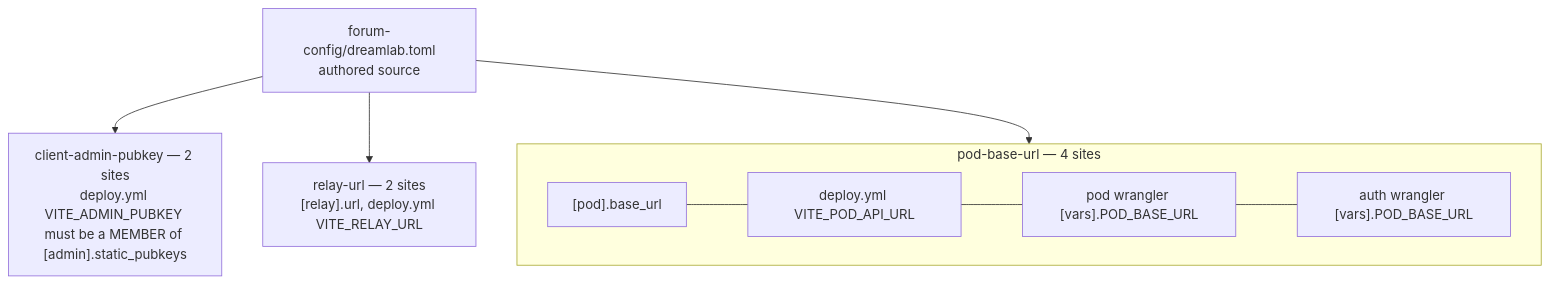
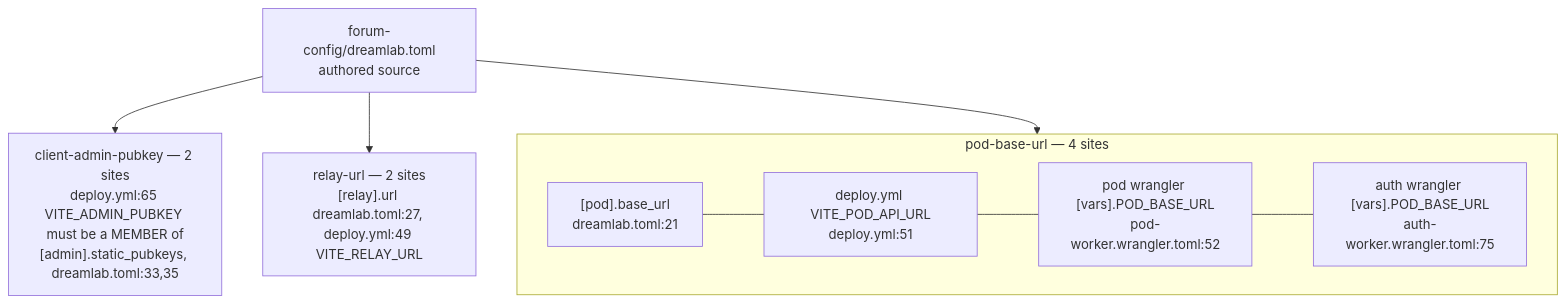
One commit to DreamLab-AI/VisionFlow changed the sixth of 11 diagrams in docs/diagrams/dreamlab-ai-website/03-forum-config-overlay-zones-admin-kv-sync.md. Above: the diagram before and after it, drawn with Mermaid. The commit also changed other lines of this file and 185 other files, not shown here.

Commit message:
docs(estate): reconcile diagrams and ADRs with source and define closeout sprint

````diff
--- a/docs/diagrams/dreamlab-ai-website/03-forum-config-overlay-zones-admin-kv-sync.md
+++ b/docs/diagrams/dreamlab-ai-website/03-forum-config-overlay-zones-admin-kv-sync.md
@@ -114,10 +121,10 @@
 ```mermaid
 flowchart TB
     T["forum-config/dreamlab.toml<br/>authored source"] --> M4
     subgraph M4["pod-base-url — 4 sites"]
         direction LR
-        P1["[pod].base_url"] --- P2["deploy.yml VITE_POD_API_URL"] --- P3["pod wrangler [vars].POD_BASE_URL"] --- P4["auth wrangler [vars].POD_BASE_URL"]
+        P1["[pod].base_url<br/>dreamlab.toml:21"] --- P2["deploy.yml VITE_POD_API_URL<br/>deploy.yml:51"] --- P3["pod wrangler [vars].POD_BASE_URL<br/>pod-worker.wrangler.toml:52"] --- P4["auth wrangler [vars].POD_BASE_URL<br/>auth-worker.wrangler.toml:75"]
     end
-    T --> M5["client-admin-pubkey — 2 sites<br/>deploy.yml VITE_ADMIN_PUBKEY must be a MEMBER of [admin].static_pubkeys"]
-    T --> M6["relay-url — 2 sites<br/>[relay].url, deploy.yml VITE_RELAY_URL"]
+    T --> M5["client-admin-pubkey — 2 sites<br/>deploy.yml:65 VITE_ADMIN_PUBKEY must be a MEMBER of<br/>[admin].static_pubkeys, dreamlab.toml:33,35"]
+    T --> M6["relay-url — 2 sites<br/>[relay].url dreamlab.toml:27, deploy.yml:49 VITE_RELAY_URL"]
 ```
````
